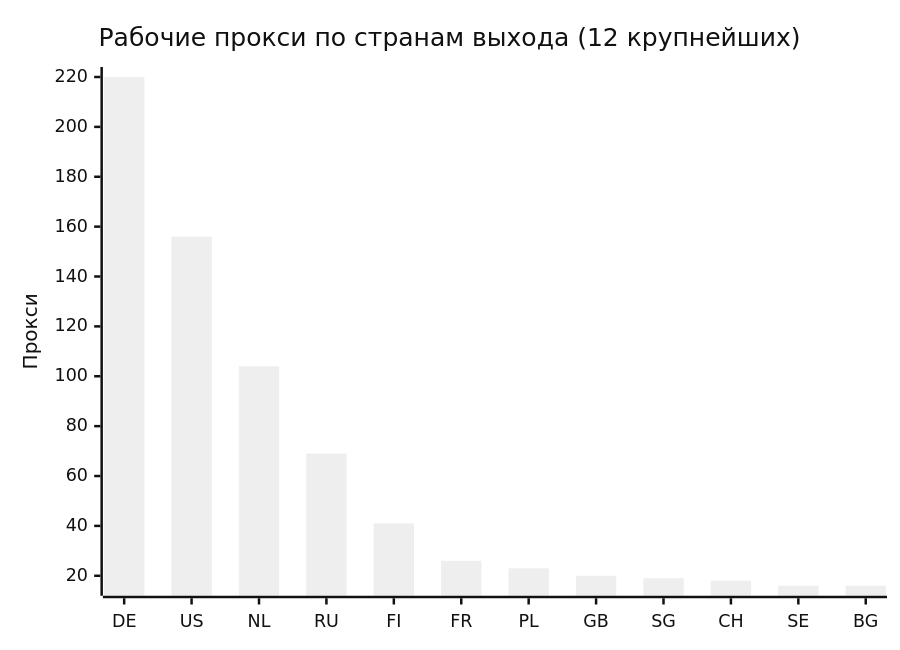
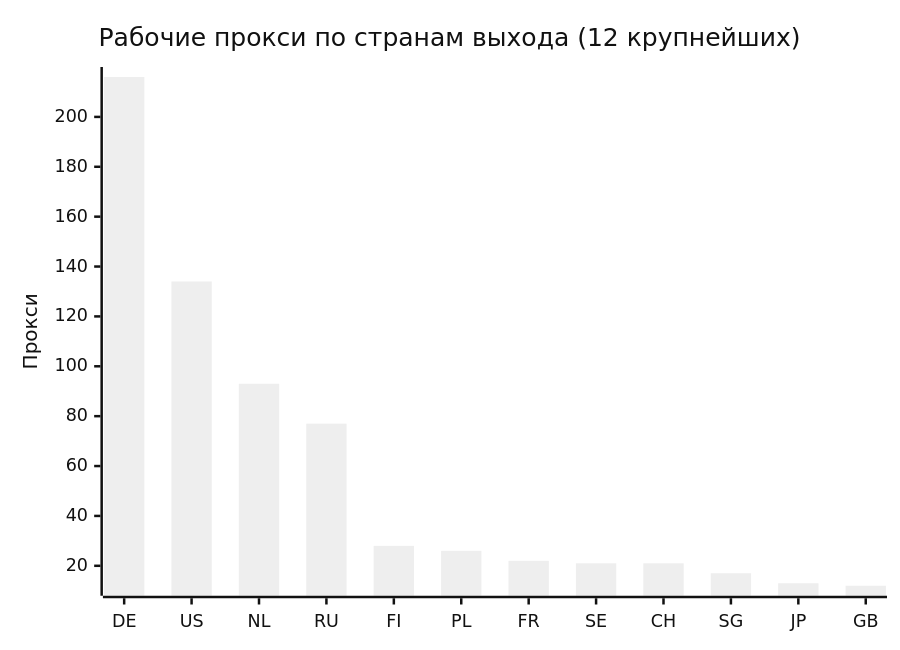
One commit to rvvg/proxy-subs changed the second of 4 diagrams in README.md. Above: the diagram before and after it, drawn with Mermaid (neutral theme). The commit also changed other lines of this file and 49 other files, not shown here.

````diff
--- a/README.md
+++ b/README.md
@@ -131,7 +130,7 @@
 ```mermaid
 xychart-beta
     title "Рабочие прокси по странам выхода (12 крупнейших)"
-    x-axis ["DE", "US", "NL", "RU", "FI", "FR", "PL", "GB", "SG", "CH", "SE", "BG"]
+    x-axis ["DE", "US", "NL", "RU", "FI", "PL", "FR", "SE", "CH", "SG", "JP", "GB"]
     y-axis "Прокси"
-    bar [220, 156, 104, 69, 41, 26, 23, 20, 19, 18, 16, 16]
+    bar [216, 134, 93, 77, 28, 26, 22, 21, 21, 17, 13, 12]
 ```
````
